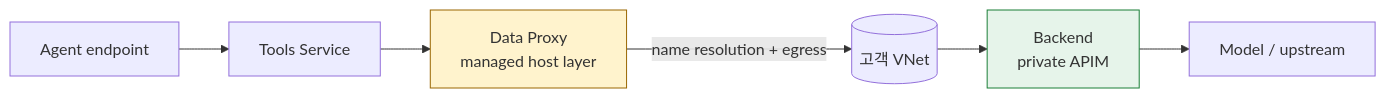
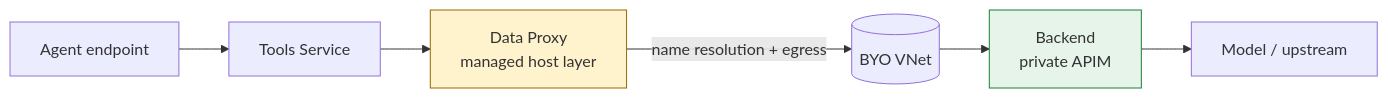
The diagram in README.ko.md (hyeonsangjeon/foundry-agent-network-diagnostic), drawn with Mermaid before and after one commit. The commit also changed other lines of this file and 27 other files, not shown here.

````diff
--- a/README.ko.md
+++ b/README.ko.md
@@ -57,10 +58,10 @@
 ```mermaid
 flowchart LR
     A[Agent endpoint] --> B[Tools Service]
     B --> C[Data Proxy<br/>managed host layer]
-    C -->|name resolution + egress| D[(고객 VNet)]
+    C -->|name resolution + egress| D[(BYO VNet)]
     D --> E[Backend<br/>private APIM]
     E --> F[Model / upstream]
     style C fill:#fff3cd,stroke:#9a6700
     style E fill:#e6f4ea,stroke:#1a7f37
 ```
````
